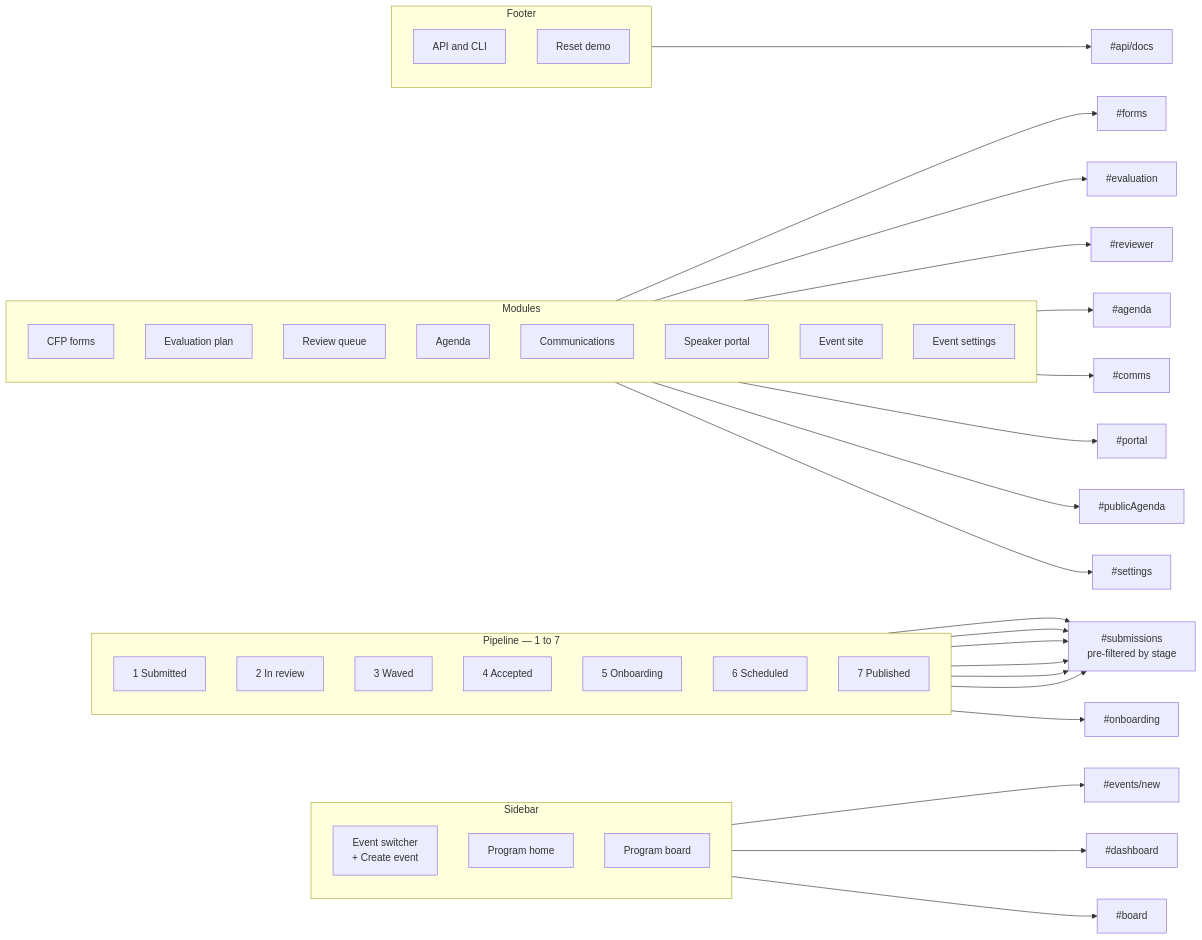
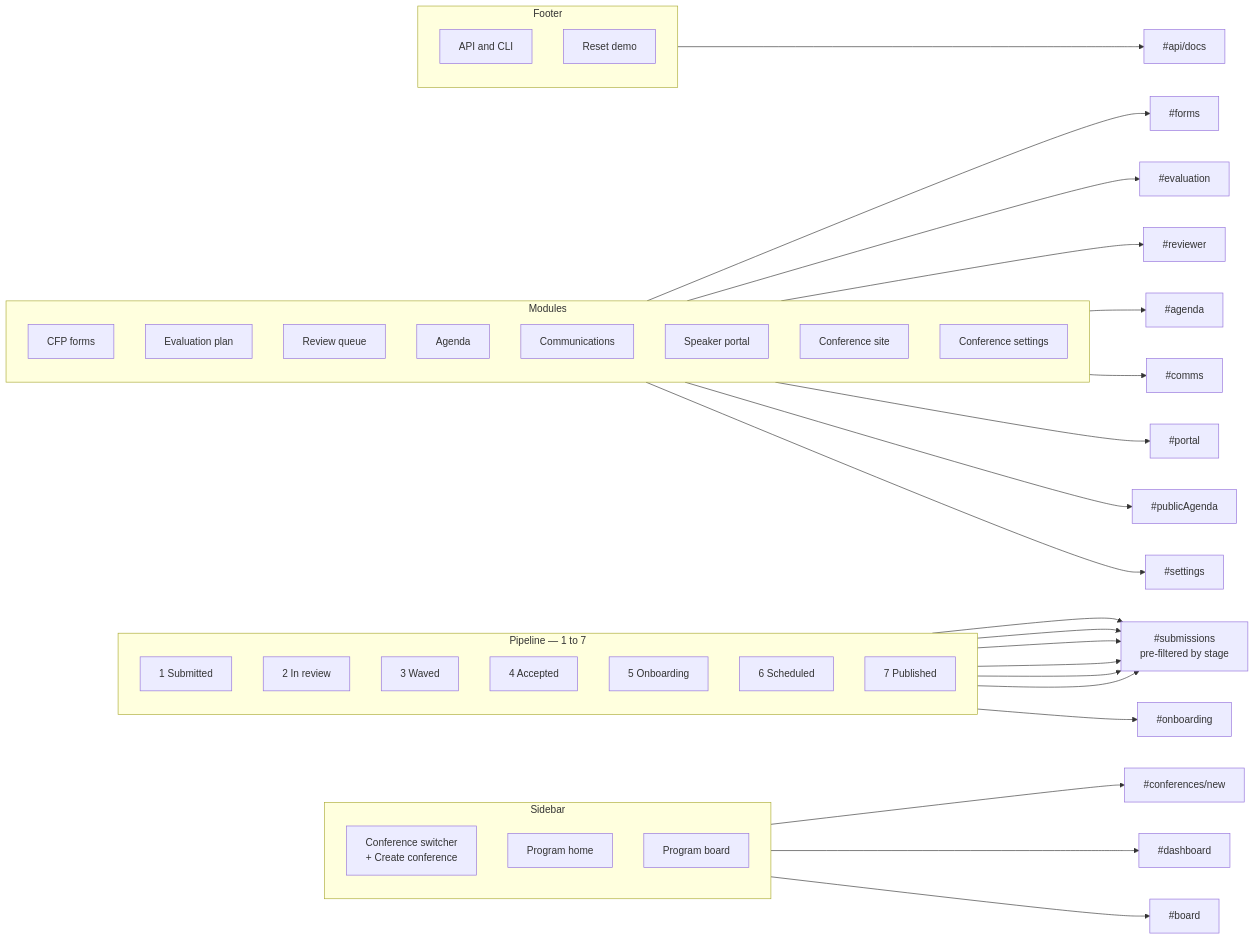
Before and after one commit to Stage-11-Agentics/marquee: the second of 6 diagrams in SITEMAP.md, drawn with Mermaid. The commit also changed other lines of this file and 2 other files, not shown here.

````diff
--- a/SITEMAP.md
+++ b/SITEMAP.md
@@ -66,55 +66,55 @@
 ```mermaid
 flowchart LR
   subgraph Chrome["Sidebar"]
     direction TB
-    Switch["Event switcher<br/>+ Create event"]
+    Switch["Conference switcher<br/>+ Create conference"]
     Home["Program home"]
     BoardNav["Program board"]
   end
 
   subgraph Pipeline["Pipeline — 1 to 7"]
     direction TB
     P1["1 Submitted"]
     P2["2 In review"]
     P3["3 Waved"]
     P4["4 Accepted"]
     P5["5 Onboarding"]
     P6["6 Scheduled"]
     P7["7 Published"]
   end
 
   subgraph Modules["Modules"]
     direction TB
     M1["CFP forms"]
     M2["Evaluation plan"]
     M3["Review queue"]
     M4["Agenda"]
     M5["Communications"]
     M6["Speaker portal"]
-    M7["Event site"]
-    M8["Event settings"]
+    M7["Conference site"]
+    M8["Conference settings"]
   end
 
   subgraph Foot["Footer"]
     direction TB
     F1["API and CLI"]
     F2["Reset demo"]
   end
 
-  Switch --> EventNew["#events/new"]
+  Switch --> EventNew["#conferences/new"]
   Home --> Dash["#dashboard"]
   BoardNav --> Board["#board"]
 
   P1 & P2 & P3 & P4 & P6 & P7 --> Subs["#submissions<br/>pre-filtered by stage"]
   P5 --> Onb["#onboarding"]
 
   M1 --> Forms["#forms"]
   M2 --> Eval["#evaluation"]
   M3 --> Rev["#reviewer"]
   M4 --> Ag["#agenda"]
   M5 --> Comms["#comms"]
   M6 --> Portal["#portal"]
   M7 --> Site["#publicAgenda"]
   M8 --> Set["#settings"]
   F1 --> Docs["#api/docs"]
 ```
````
